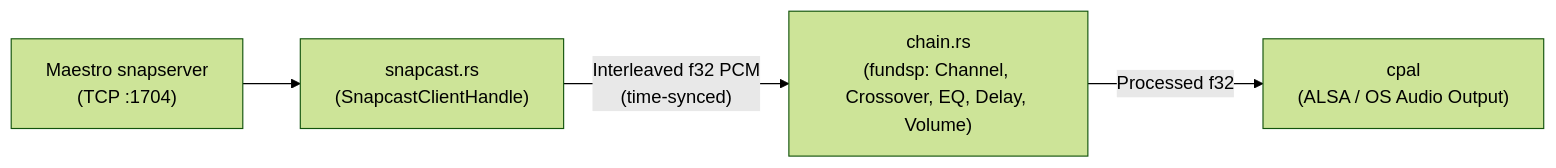
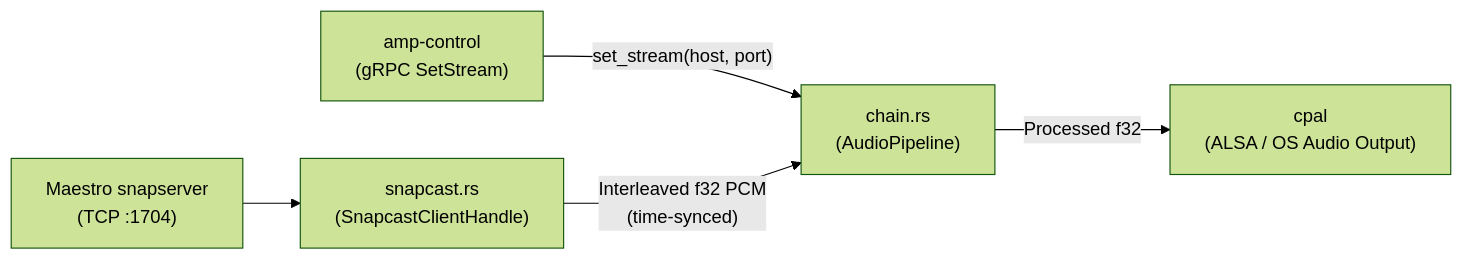
Before and after one commit to Rodjowara/Amplify: the diagram in amp/crates/amp-audio/README.md, drawn with Mermaid (forest theme). The commit also changed other lines of this file and 6 other files, not shown here.

Commit message:
feat: implement AudioPipeline and wire gRPC SetStream to snapcast

````diff
--- a/amp/crates/amp-audio/README.md
+++ b/amp/crates/amp-audio/README.md
@@ -13,6 +13,7 @@
 ```mermaid
 flowchart LR
+    GRPC["amp-control\n(gRPC SetStream)"] -->|"set_stream(host, port)"| CHAIN["chain.rs\n(AudioPipeline)"]
     SS["Maestro snapserver\n(TCP :1704)"] --> SC["snapcast.rs\n(SnapcastClientHandle)"]
-    SC -->|"Interleaved f32 PCM\n(time-synced)"| DSP["chain.rs\n(fundsp: Channel, Crossover, EQ, Delay, Volume)"]
-    DSP -->|"Processed f32"| CPAL["cpal\n(ALSA / OS Audio Output)"]
+    SC -->|"Interleaved f32 PCM\n(time-synced)"| CHAIN
+    CHAIN -->|"Processed f32"| CPAL["cpal\n(ALSA / OS Audio Output)"]
 ```
````
